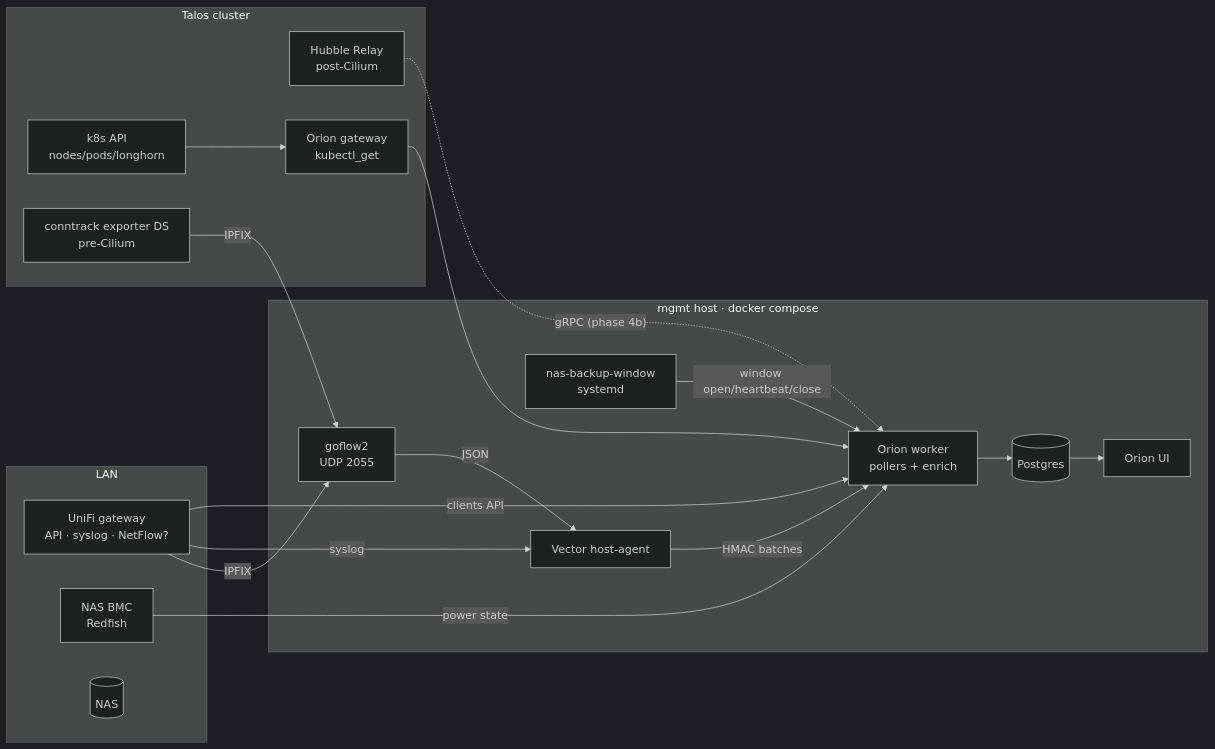
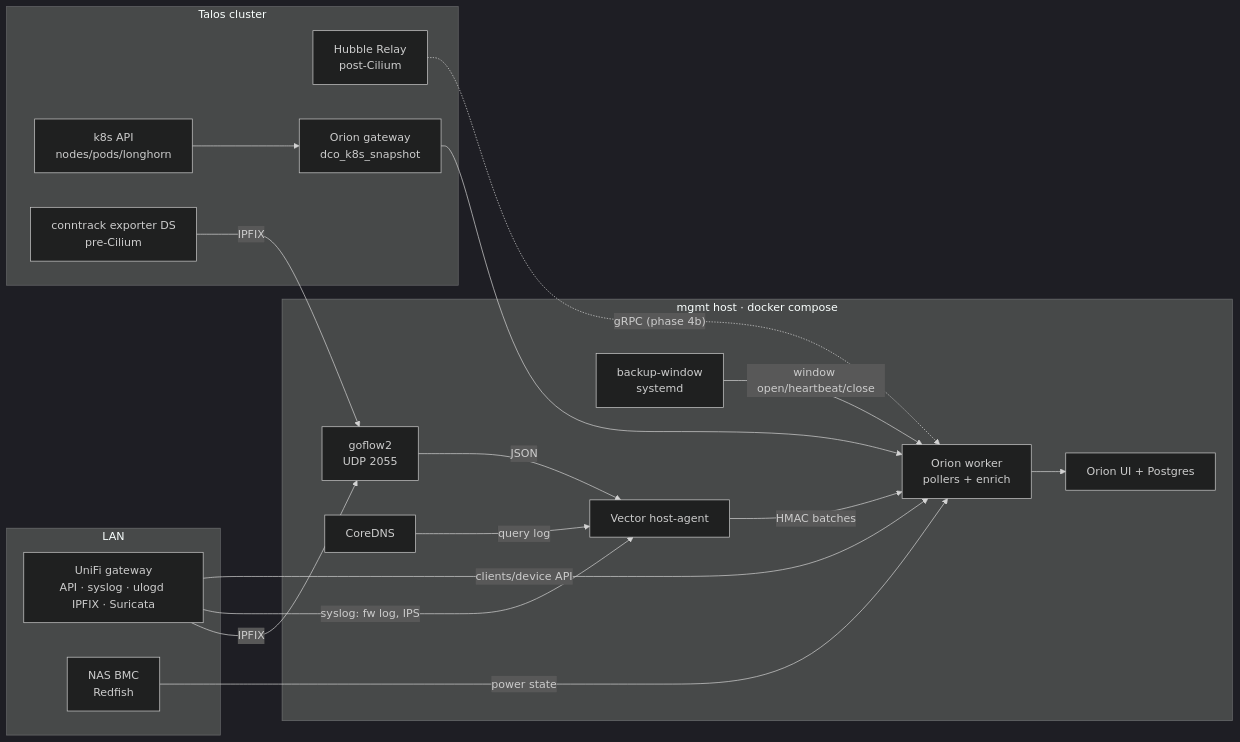
Before and after one commit to richard-callis/orion-web: the diagram in docs/design/dco-visibility.md, drawn with Mermaid (dark theme). The commit also changed other lines of this file, not shown here.

Commit message:
docs: revise DCO visibility design after review

````diff
--- a/docs/design/dco-visibility.md
+++ b/docs/design/dco-visibility.md
@@ -55,33 +57,33 @@
 ```mermaid
 flowchart LR
   subgraph LAN
-    UDM[UniFi gateway<br/>API · syslog · NetFlow?]
+    UDM[UniFi gateway<br/>API · syslog · ulogd IPFIX · Suricata]
     BMC[NAS BMC<br/>Redfish]
-    NAS[(NAS)]
   end
   subgraph Cluster[Talos cluster]
     K8S[k8s API<br/>nodes/pods/longhorn]
     CT[conntrack exporter DS<br/>pre-Cilium]
     HUB[Hubble Relay<br/>post-Cilium]
-    GW[Orion gateway<br/>kubectl_get]
+    GW[Orion gateway<br/>dco_k8s_snapshot]
   end
   subgraph mgmt[mgmt host · docker compose]
     GF[goflow2<br/>UDP 2055]
+    DNS[CoreDNS]
     VEC[Vector host-agent]
     W[Orion worker<br/>pollers + enrich]
-    PG[(Postgres)]
-    UI[Orion UI]
-    TMR[nas-backup-window<br/>systemd]
+    UI[Orion UI + Postgres]
+    TMR[backup-window<br/>systemd]
   end
   UDM -- IPFIX --> GF
   CT -- IPFIX --> GF
   GF -- JSON --> VEC
-  UDM -- syslog --> VEC
+  UDM -- syslog: fw log, IPS --> VEC
+  DNS -- query log --> VEC
   VEC -- HMAC batches --> W
   HUB -. gRPC (phase 4b) .-> W
   K8S --> GW --> W
-  UDM -- clients API --> W
+  UDM -- clients/device API --> W
   BMC -- power state --> W
   TMR -- window open/heartbeat/close --> W
-  W --> PG --> UI
+  W --> UI
 ```
````
